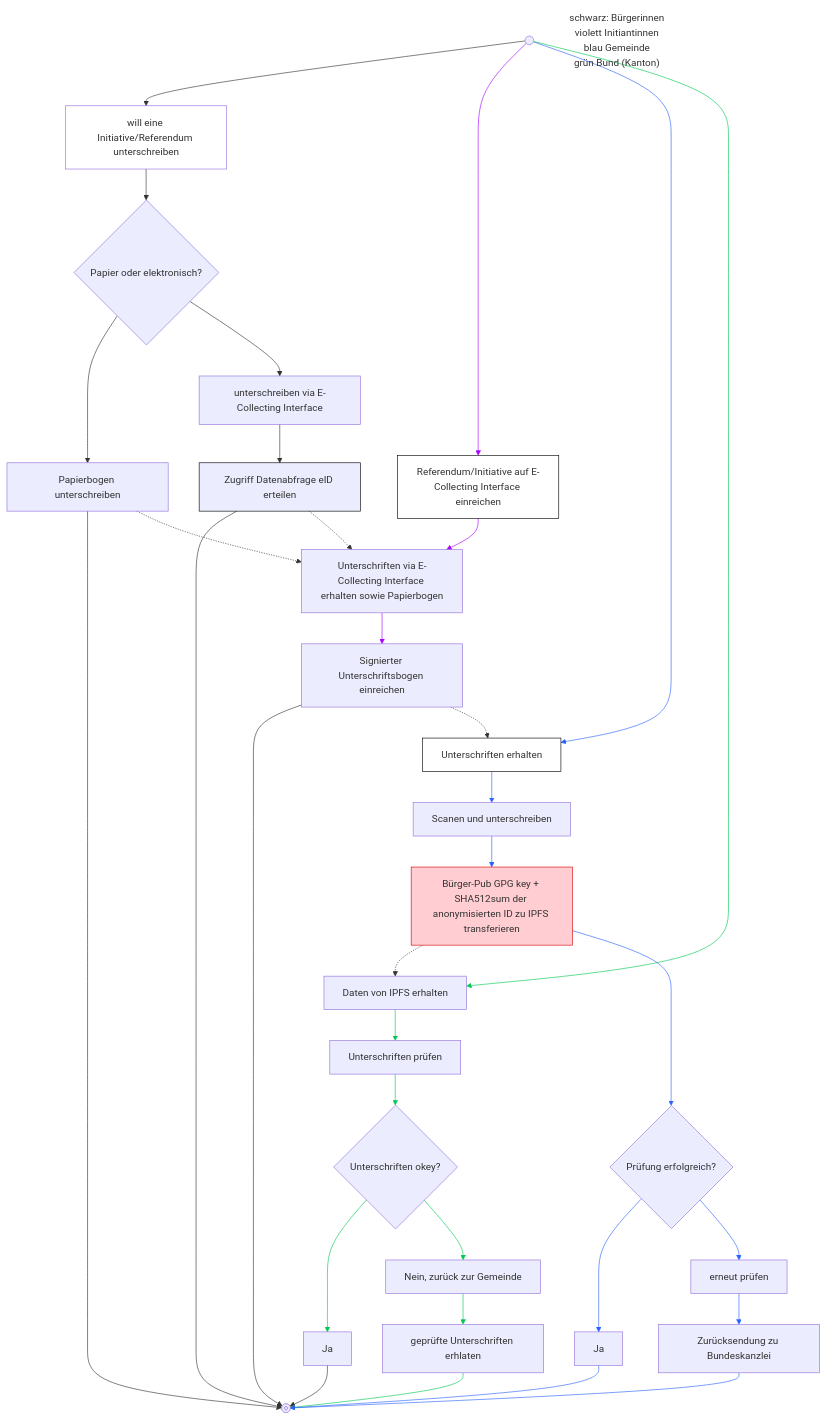
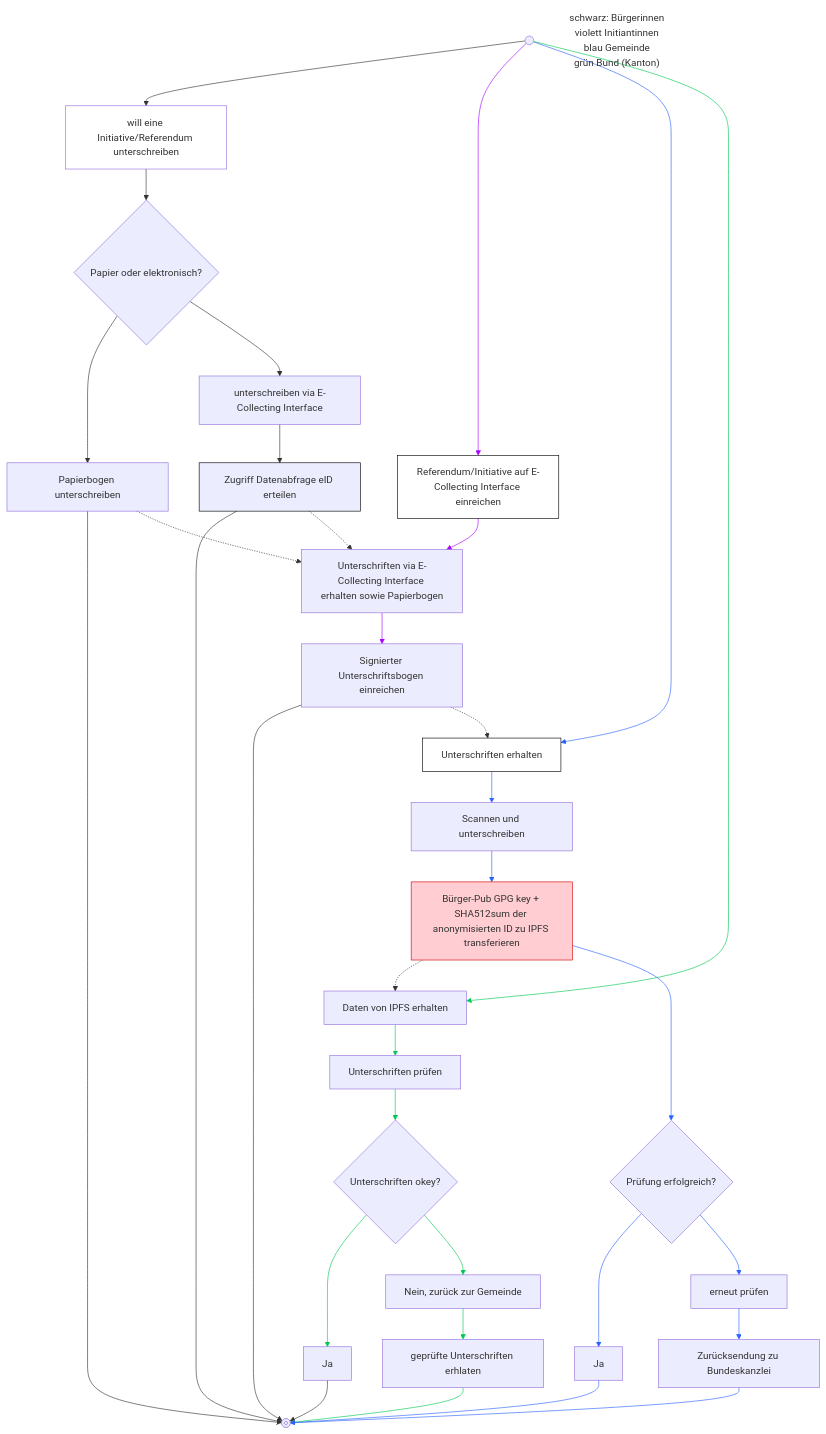
The diagram in README.md (swiss/e-collecting-hackathon-team1), drawn with Mermaid before and after one commit.

````diff
--- a/README.md
+++ b/README.md
@@ -192,65 +192,65 @@
 ```mermaid
 flowchart TB
     A["will eine Initiative/Referendum unterschreiben"] --> B["Papier oder elektronisch?"]
     B --> C["Papierbogen unterschreiben"] & D["unterschreiben via E-Collecting Interface"]
     n1["Bürgerin-Sicht"] --> A & n4["Referendum/Initiative auf E-Collecting Interface einreichen"] & n8["Unterschriften erhalten"] & n11["Daten von IPFS erhalten"]
     D --> n2["Zugriff Datenabfrage eID erteilen"]
     n2 --> n3["Untitled Node"]
     C --> n3
     n4 --> n5["Unterschriften via E-Collecting Interface erhalten sowie Papierbogen"]
     n5 --> n7["Signierter Unterschriftsbogen einreichen"]
     n2 -.-> n5
     n7 --> n3
     C -.-> n5
     n7 -.-> n8
-    n8 --> n9["Scanen und unterschreiben"]
+    n8 --> n9["Scannen und unterschreiben"]
     n9 --> n10["Bürger-Pub GPG key + SHA512sum der anonymisierten ID zu IPFS transferieren"]
     n10 -.-> n11
     n10 --> n12["Prüfung erfolgreich?"]
     n12 --> n13["Ja"] & n18["erneut prüfen"]
     n13 --> n3
     n11 --> n14["Unterschriften prüfen"]
     n14 --> n15["Unterschriften okey?"]
     n15 --> n16["Ja"] & n17["Nein, zurück zur Gemeinde"]
     n16 --> n3
     n17 --> n19["geprüfte Unterschriften erhlaten"]
     n19 --> n3
     n18 --> n20["Zurücksendung zu Bundeskanzlei"]
     n20 --> n3
     n21["schwarz: Bürgerinnen<br>violett Initiantinnen<br>blau Gemeinde<br>grün Bund (Kanton)"]
     A@{ shape: proc}
     B@{ shape: decision}
     D@{ shape: rect}
     n1@{ shape: start}
     n4@{ shape: proc}
     n3@{ shape: stop}
     n12@{ shape: decision}
     n15@{ shape: decision}
     n21@{ shape: text}
     style A fill:transparent
     style n1 stroke:#FFD600,color:#FF6D00
     style n4 fill:transparent,stroke:#000000
     style n8 stroke:#000000,fill:transparent
     style n2 stroke:#000000
     style n10 stroke:#D50000,fill:#FFCDD2
     linkStyle 4 stroke:#AA00FF,fill:none
     linkStyle 5 stroke:#2962FF,fill:none
     linkStyle 6 stroke:#00C853,fill:none
     linkStyle 10 stroke:#AA00FF,fill:none
     linkStyle 11 stroke:#AA00FF,fill:none
     linkStyle 16 stroke:#2962FF,fill:none
     linkStyle 17 stroke:#2962FF,fill:none
     linkStyle 19 stroke:#2962FF,fill:none
     linkStyle 20 stroke:#2962FF,fill:none
     linkStyle 21 stroke:#2962FF,fill:none
     linkStyle 22 stroke:#2962FF,fill:none
     linkStyle 23 stroke:#00C853,fill:none
     linkStyle 24 stroke:#00C853,fill:none
     linkStyle 25 stroke:#00C853,fill:none
     linkStyle 26 stroke:#00C853,fill:none
     linkStyle 28 stroke:#00C853,fill:none
     linkStyle 29 stroke:#00C853,fill:none
     linkStyle 30 stroke:#2962FF,fill:none
     linkStyle 31 stroke:#2962FF,fill:none
 
 ```
````
